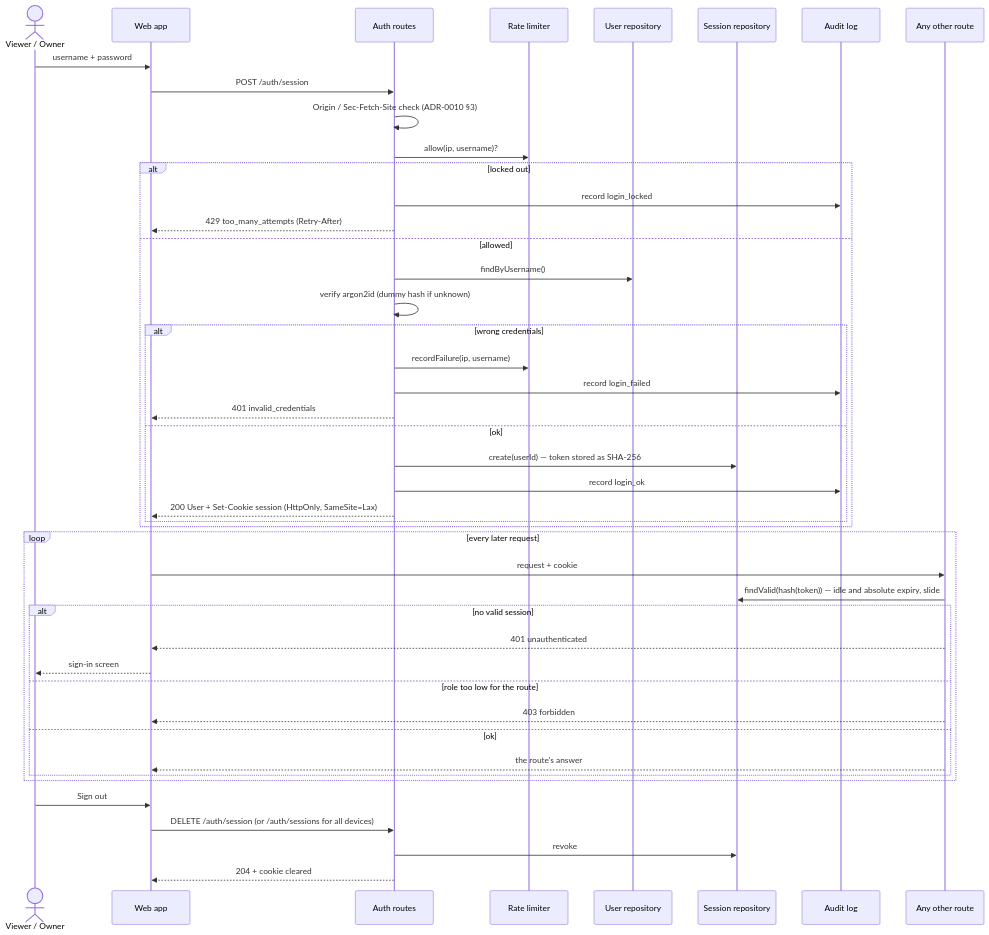
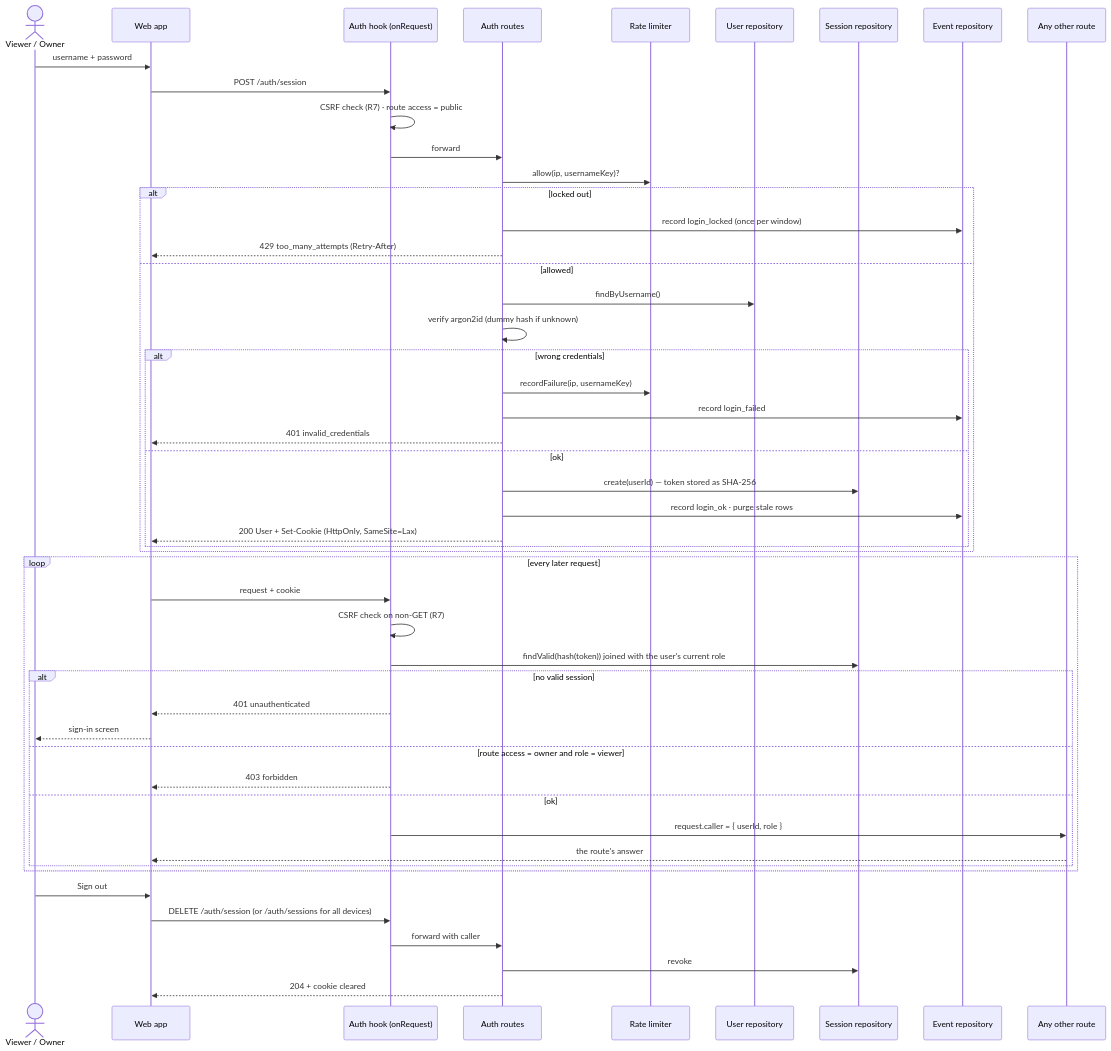
One commit to benoit-bremaud/popcorntv changed the diagram in docs/architecture/diagrams/auth/02-sequence-sign-in.md. Above: the diagram before and after it, drawn with Mermaid. The commit also changed other lines of this file and 11 other files, not shown here.

````diff
--- a/docs/architecture/diagrams/auth/02-sequence-sign-in.md
+++ b/docs/architecture/diagrams/auth/02-sequence-sign-in.md
@@ -14,50 +14,55 @@
 ```mermaid
 sequenceDiagram
   actor U as Viewer / Owner
   participant W as Web app
+  participant H as Auth hook (onRequest)
   participant API as Auth routes
   participant RL as Rate limiter
   participant UR as User repository
   participant SR as Session repository
-  participant AL as Audit log
+  participant EL as Event repository
   participant R as Any other route
 
   U->>W: username + password
-  W->>API: POST /auth/session
-  API->>API: Origin / Sec-Fetch-Site check (ADR-0010 §3)
-  API->>RL: allow(ip, username)?
+  W->>H: POST /auth/session
+  H->>H: CSRF check (R7) · route access = public
+  H->>API: forward
+  API->>RL: allow(ip, usernameKey)?
   alt locked out
-    API->>AL: record login_locked
+    API->>EL: record login_locked (once per window)
     API-->>W: 429 too_many_attempts (Retry-After)
   else allowed
     API->>UR: findByUsername()
     API->>API: verify argon2id (dummy hash if unknown)
     alt wrong credentials
-      API->>RL: recordFailure(ip, username)
-      API->>AL: record login_failed
+      API->>RL: recordFailure(ip, usernameKey)
+      API->>EL: record login_failed
       API-->>W: 401 invalid_credentials
     else ok
       API->>SR: create(userId) — token stored as SHA-256
-      API->>AL: record login_ok
-      API-->>W: 200 User + Set-Cookie session (HttpOnly, SameSite=Lax)
+      API->>EL: record login_ok · purge stale rows
+      API-->>W: 200 User + Set-Cookie (HttpOnly, SameSite=Lax)
     end
   end
 
   loop every later request
-    W->>R: request + cookie
-    R->>SR: findValid(hash(token)) — idle and absolute expiry, slide
+    W->>H: request + cookie
+    H->>H: CSRF check on non-GET (R7)
+    H->>SR: findValid(hash(token)) joined with the user's current role
     alt no valid session
-      R-->>W: 401 unauthenticated
+      H-->>W: 401 unauthenticated
       W-->>U: sign-in screen
-    else role too low for the route
-      R-->>W: 403 forbidden
+    else route access = owner and role = viewer
+      H-->>W: 403 forbidden
     else ok
+      H->>R: request.caller = { userId, role }
       R-->>W: the route's answer
     end
   end
 
   U->>W: Sign out
-  W->>API: DELETE /auth/session (or /auth/sessions for all devices)
+  W->>H: DELETE /auth/session (or /auth/sessions for all devices)
+  H->>API: forward with caller
   API->>SR: revoke
   API-->>W: 204 + cookie cleared
 ```
````
